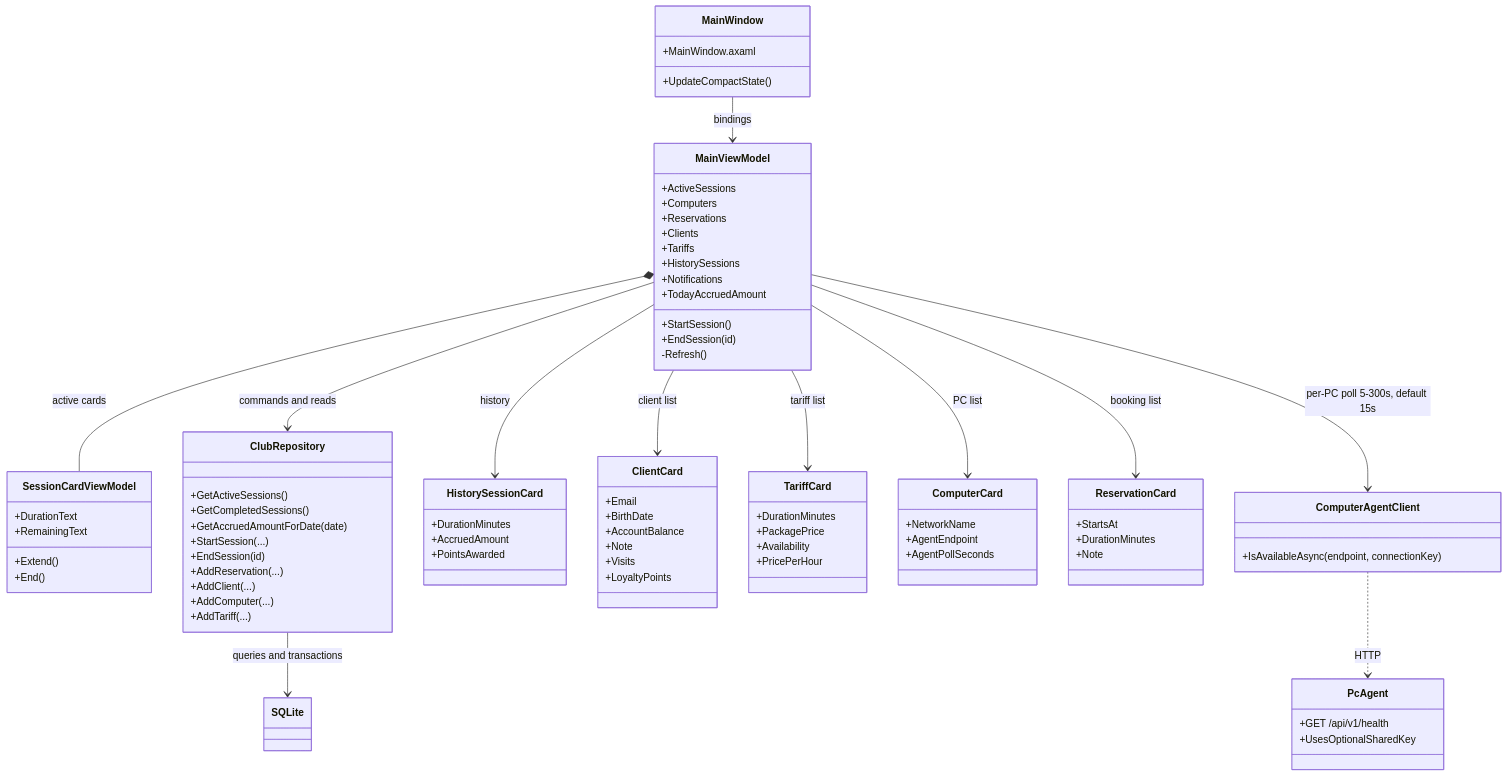
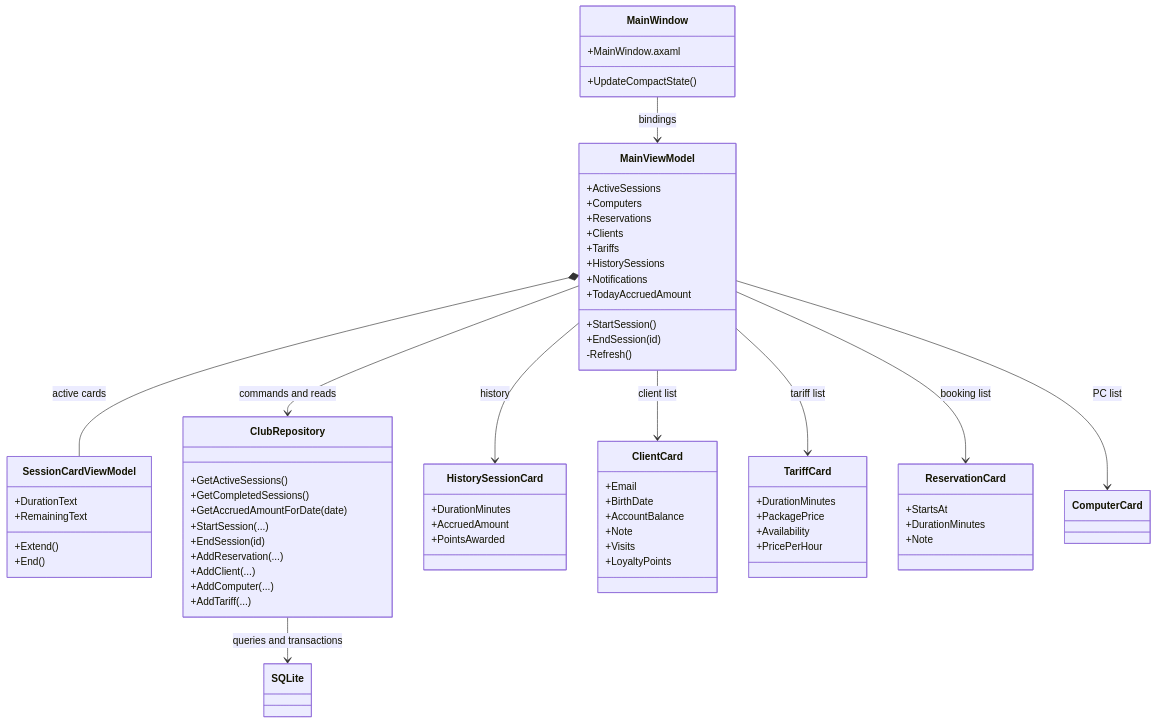
One commit to stanislavslobodyan/leopard-club-management changed the diagram in docs/LEOPARD-DOCUMENTATION.md. Above: the diagram before and after it, drawn with Mermaid. The commit also changed other lines of this file and 14 other files, not shown here.

````diff
--- a/docs/LEOPARD-DOCUMENTATION.md
+++ b/docs/LEOPARD-DOCUMENTATION.md
@@ -260,22 +250,10 @@
       +Availability
       +PricePerHour
     }
-    class ComputerCard {
-      +NetworkName
-      +AgentEndpoint
-      +AgentPollSeconds
-    }
     class ReservationCard {
       +StartsAt
       +DurationMinutes
       +Note
-    }
-    class ComputerAgentClient {
-      +IsAvailableAsync(endpoint, connectionKey)
-    }
-    class PcAgent {
-      +GET /api/v1/health
-      +UsesOptionalSharedKey
     }
     class SQLite
 
@@ -283,11 +261,9 @@
     MainViewModel --> ClubRepository : commands and reads
     MainViewModel *-- SessionCardViewModel : active cards
     MainViewModel --> HistorySessionCard : history
-    MainViewModel --> ComputerAgentClient : per-PC poll 5-300s, default 15s
     MainViewModel --> ClientCard : client list
     MainViewModel --> TariffCard : tariff list
     MainViewModel --> ComputerCard : PC list
     MainViewModel --> ReservationCard : booking list
-    ComputerAgentClient ..> PcAgent : HTTP
     ClubRepository --> SQLite : queries and transactions
 ```
````
